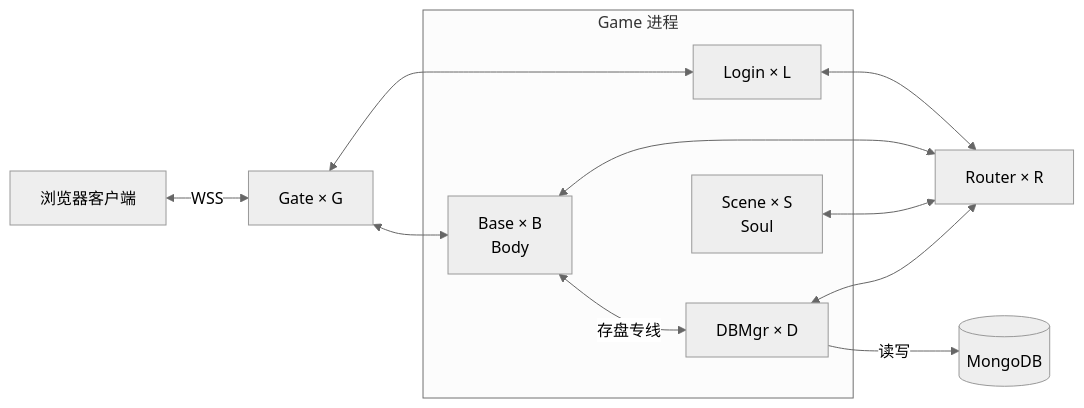
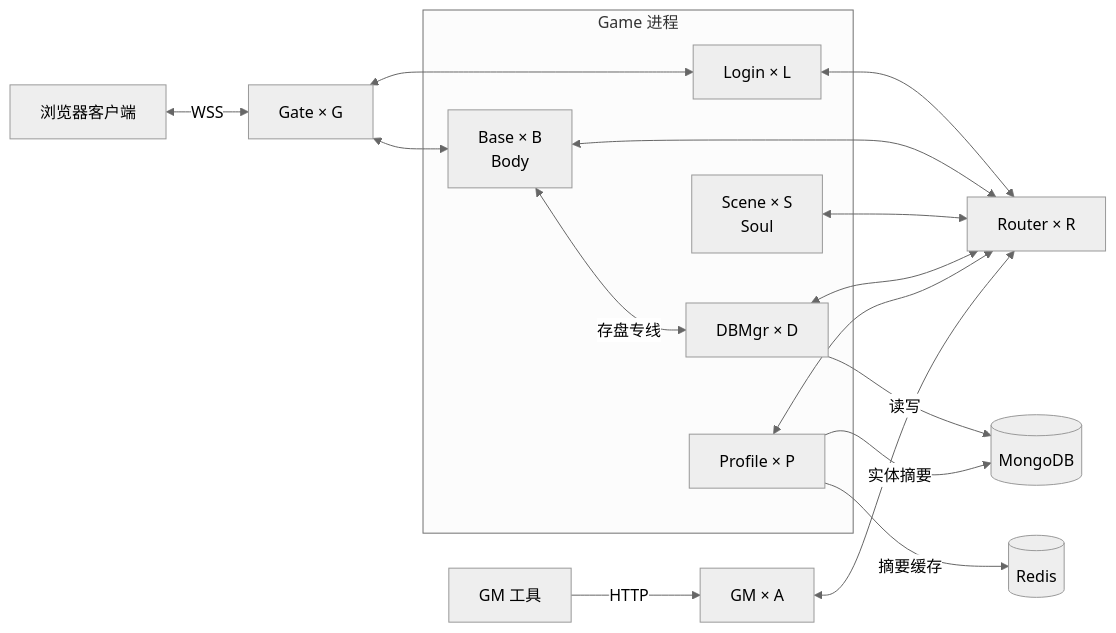
Before and after one commit to enuquak/TGame: the diagram in code/agents/服务器架构与进程拓扑.md, drawn with Mermaid (neutral theme). The commit also changed other lines of this file and 34 other files, not shown here.

````diff
--- a/code/agents/服务器架构与进程拓扑.md
+++ b/code/agents/服务器架构与进程拓扑.md
@@ -24,23 +30,30 @@
 ```mermaid
 flowchart LR
     C["浏览器客户端"] <-->|WSS| G["Gate × G"]
+    Tool["GM 工具"] -->|HTTP| GM["GM × A"]
 
     subgraph Game["Game 进程"]
         L["Login × L"]
         B["Base × B<br/>Body"]
         S["Scene × S<br/>Soul"]
         D["DBMgr × D"]
+        P["Profile × P"]
     end
 
     R["Router × R"]
     M[("MongoDB")]
+    K[("Redis")]
 
     G <--> L
     G <--> B
     L <--> R
     B <--> R
     S <--> R
     D <--> R
+    P <--> R
+    GM <--> R
     B <-->|存盘专线| D
     D -->|读写| M
+    P -->|实体摘要| M
+    P -->|摘要缓存| K
 ```
````
